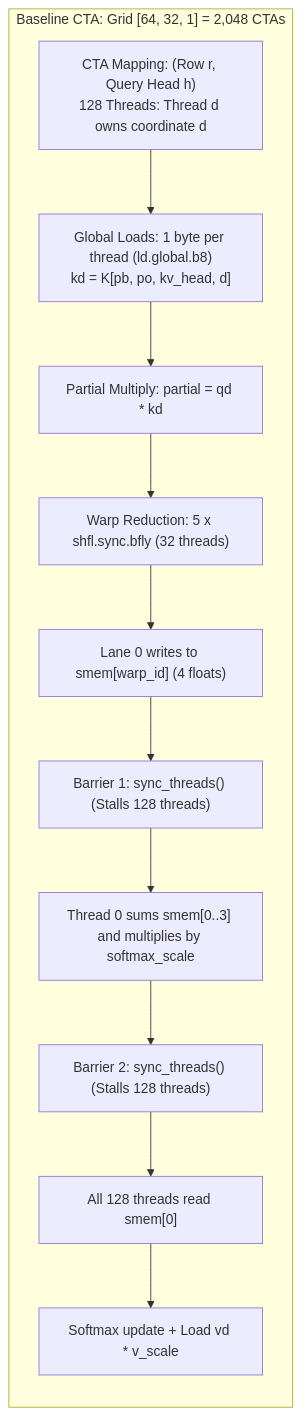
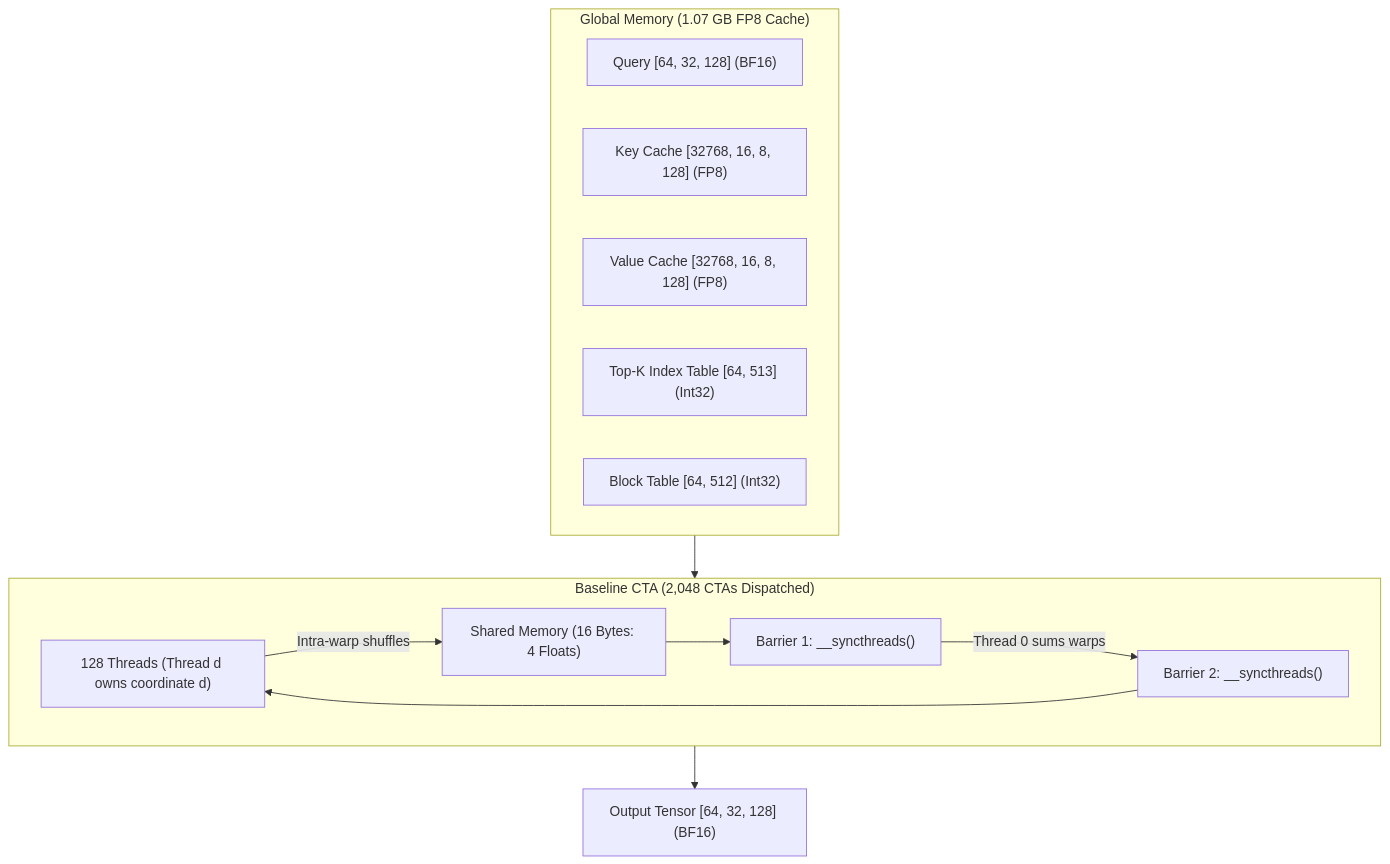
One commit to Ammar-Alnagar/QSA-FP8-SM89 changed the first of 2 diagrams in wrtiteup.md. Above: the diagram before and after it, drawn with Mermaid. The commit also changed other lines of this file, not shown here.

````diff
--- a/wrtiteup.md
+++ b/wrtiteup.md
@@ -54,18 +60,22 @@
 ```mermaid
 flowchart TD
-    subgraph BaseCTA ["Baseline CTA: Grid [64, 32, 1] = 2,048 CTAs"]
-        direction TB
-        B_MAP["CTA Mapping: (Row r, Query Head h)<br/>128 Threads: Thread d owns coordinate d"]
-        B_LOAD["Global Loads: 1 byte per thread (ld.global.b8)<br/>kd = K[pb, po, kv_head, d]"]
-        B_PART["Partial Multiply: partial = qd * kd"]
-        B_WSHFL["Warp Reduction: 5 x shfl.sync.bfly (32 threads)"]
-        B_SMEMW["Lane 0 writes to smem[warp_id] (4 floats)"]
-        B_BAR1["Barrier 1: sync_threads() (Stalls 128 threads)"]
-        B_SUM["Thread 0 sums smem[0..3] and multiplies by softmax_scale"]
-        B_BAR2["Barrier 2: sync_threads() (Stalls 128 threads)"]
-        B_READ["All 128 threads read smem[0]"]
-        B_ACC["Softmax update + Load vd * v_scale"]
+    subgraph Host ["Global Memory (1.07 GB FP8 Cache)"]
+        Q["Query [64, 32, 128] (BF16)"]
+        K["Key Cache [32768, 16, 8, 128] (FP8)"]
+        V["Value Cache [32768, 16, 8, 128] (FP8)"]
+        IDX["Top-K Index Table [64, 513] (Int32)"]
+        BT["Block Table [64, 512] (Int32)"]
     end
 
-    B_MAP --> B_LOAD --> B_PART --> B_WSHFL --> B_SMEMW --> B_BAR1 --> B_SUM --> B_BAR2 --> B_READ --> B_ACC
+    subgraph BaselineCTA ["Baseline CTA (2,048 CTAs Dispatched)"]
+        T["128 Threads (Thread d owns coordinate d)"]
+        SMEM["Shared Memory (16 Bytes: 4 Floats)"]
+        B1["Barrier 1: __syncthreads()"]
+        B2["Barrier 2: __syncthreads()"]
+        T -->|Intra-warp shuffles| SMEM
+        SMEM --> B1 -->|Thread 0 sums warps| B2 --> T
+    end
+
+    Host --> BaselineCTA
+    BaselineCTA --> OUT["Output Tensor [64, 32, 128] (BF16)"]
 ```
````
